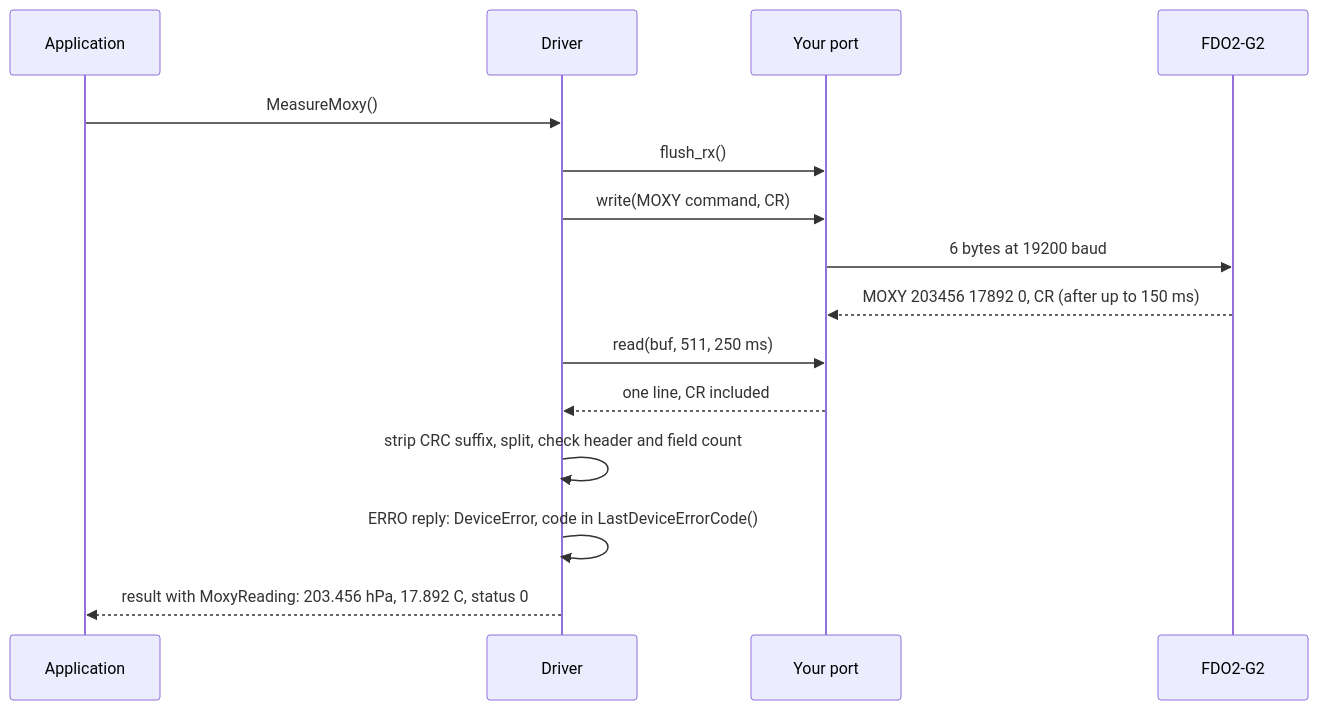
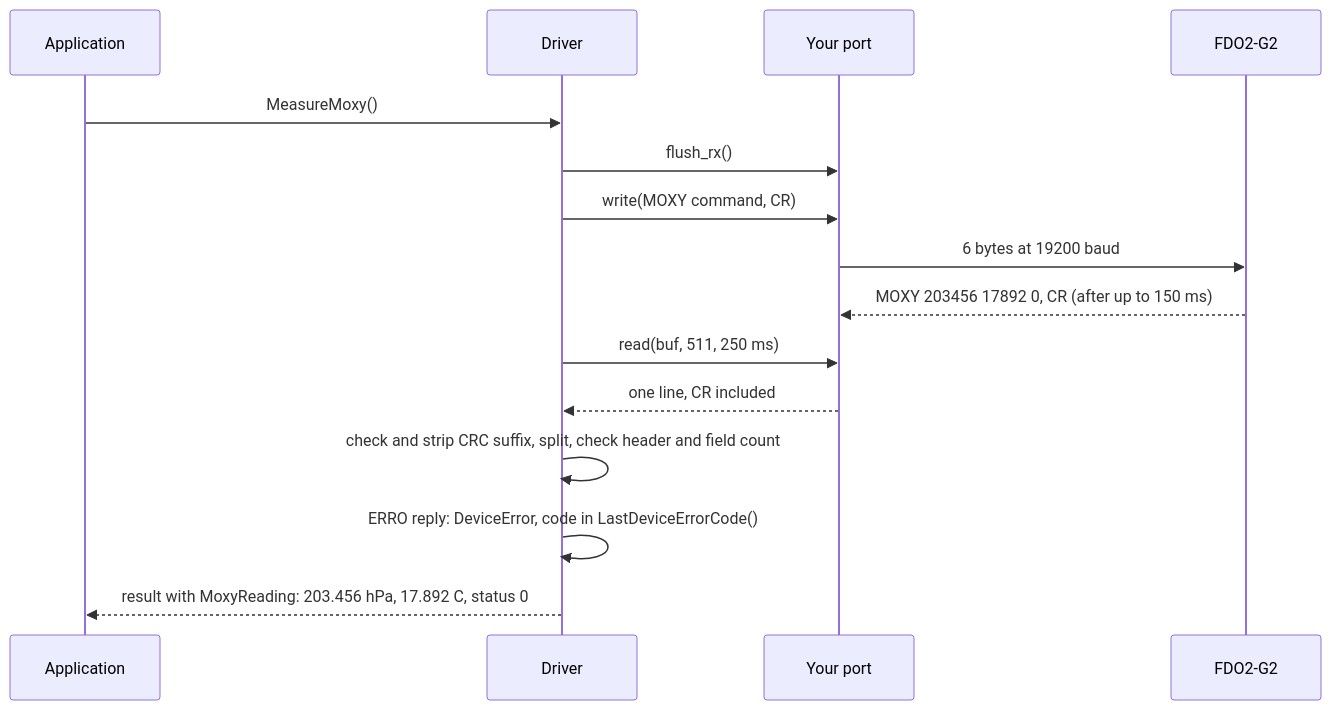
One commit to hardfoc/hf-fdo2-driver changed the diagram in docs/architecture.md. Above: the diagram before and after it, drawn with Mermaid. The commit also changed 11 other files, not shown here.

````diff
--- a/docs/architecture.md
+++ b/docs/architecture.md
@@ -28,17 +28,17 @@
 ```mermaid
 sequenceDiagram
     participant A as Application
     participant D as Driver
     participant P as Your port
     participant S as FDO2-G2
     A->>D: MeasureMoxy()
     D->>P: flush_rx()
     D->>P: write(MOXY command, CR)
     P->>S: 6 bytes at 19200 baud
     S-->>P: MOXY 203456 17892 0, CR (after up to 150 ms)
     D->>P: read(buf, 511, 250 ms)
     P-->>D: one line, CR included
-    D->>D: strip CRC suffix, split, check header and field count
+    D->>D: check and strip CRC suffix, split, check header and field count
     D->>D: ERRO reply: DeviceError, code in LastDeviceErrorCode()
     D-->>A: result with MoxyReading: 203.456 hPa, 17.892 C, status 0
 ```
````
